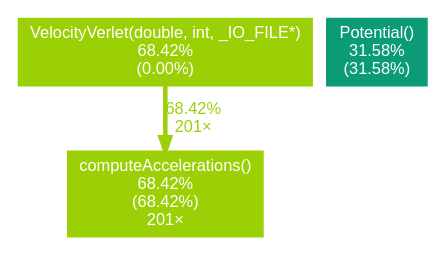
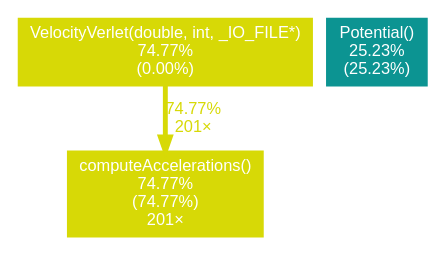
Before and after one commit to JoseBambora/ProjetoCPar: the diagram in code/MDFinal.dot, drawn with Graphviz. The commit also changed 4 other files, not shown here.

```diff
--- a/code/MDFinal.dot
+++ b/code/MDFinal.dot
@@ -1,9 +1,9 @@
 digraph {
 	graph [fontname=Arial, nodesep=0.125, ranksep=0.25];
 	node [fontcolor=white, fontname=Arial, height=0, shape=box, style=filled, width=0];
 	edge [fontname=Arial];
-	1 [color="#9bd007", fontcolor="#ffffff", fontsize="10.00", label="computeAccelerations()\n68.42%\n(68.42%)\n201×"];
-	2 [color="#9bd007", fontcolor="#ffffff", fontsize="10.00", label="VelocityVerlet(double, int, _IO_FILE*)\n68.42%\n(0.00%)"];
-	2 -> 1 [arrowsize="0.83", color="#9bd007", fontcolor="#9bd007", fontsize="10.00", label="68.42%\n201×", labeldistance="2.74", penwidth="2.74"];
-	3 [color="#0b9c76", fontcolor="#ffffff", fontsize="10.00", label="Potential()\n31.58%\n(31.58%)"];
+	1 [color="#d7d906", fontcolor="#ffffff", fontsize="10.00", label="computeAccelerations()\n74.77%\n(74.77%)\n201×"];
+	2 [color="#d7d906", fontcolor="#ffffff", fontsize="10.00", label="VelocityVerlet(double, int, _IO_FILE*)\n74.77%\n(0.00%)"];
+	2 -> 1 [arrowsize="0.86", color="#d7d906", fontcolor="#d7d906", fontsize="10.00", label="74.77%\n201×", labeldistance="2.99", penwidth="2.99"];
+	3 [color="#0c9492", fontcolor="#ffffff", fontsize="10.00", label="Potential()\n25.23%\n(25.23%)"];
 }
```
